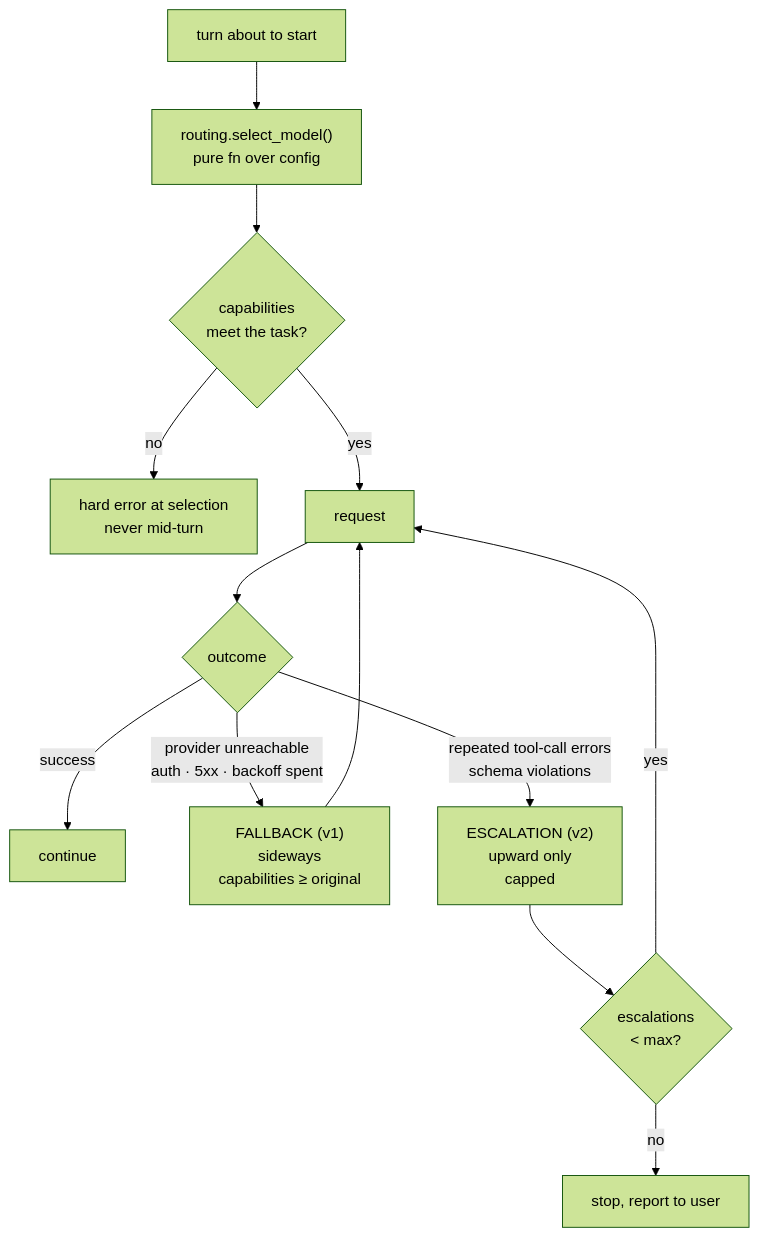
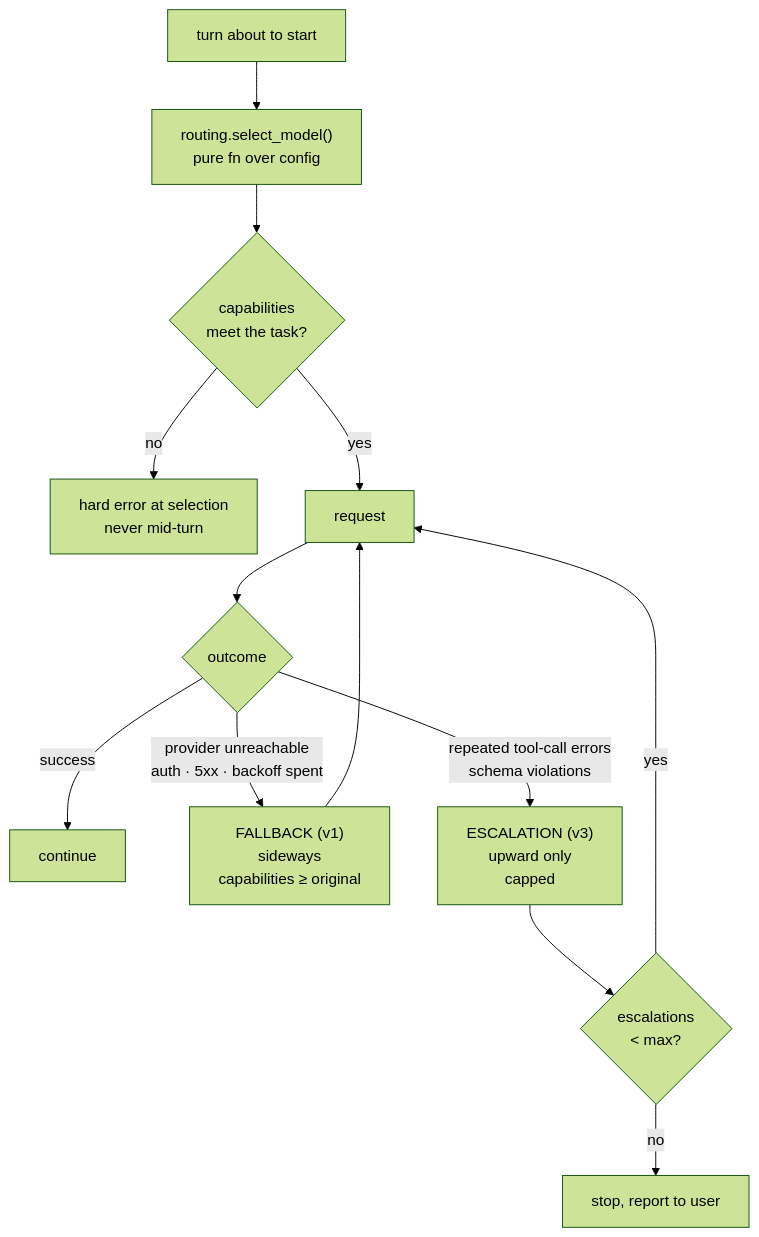
One commit to vespassassina/edgar changed the third of 8 diagrams in docs/BLUEPRINT.md. Above: the diagram before and after it, drawn with Mermaid (forest theme). The commit also changed other lines of this file and 14 other files, not shown here.

````diff
--- a/docs/BLUEPRINT.md
+++ b/docs/BLUEPRINT.md
@@ -844,17 +848,17 @@
 ```mermaid
 flowchart TB
     T[turn about to start] --> R["routing.select_model()<br/>pure fn over config"]
     R --> CAP{capabilities<br/>meet the task?}
     CAP -- no --> HE[hard error at selection<br/>never mid-turn]
     CAP -- yes --> REQ[request]
 
     REQ --> OK{outcome}
     OK -- success --> DONE[continue]
     OK -- "provider unreachable<br/>auth · 5xx · backoff spent" --> FB["FALLBACK (v1)<br/>sideways<br/>capabilities ≥ original"]
-    OK -- "repeated tool-call errors<br/>schema violations" --> ES["ESCALATION (v2)<br/>upward only<br/>capped"]
+    OK -- "repeated tool-call errors<br/>schema violations" --> ES["ESCALATION (v3)<br/>upward only<br/>capped"]
 
     FB --> REQ
     ES --> CH{escalations<br/>< max?}
     CH -- yes --> REQ
     CH -- no --> STOP[stop, report to user]
 ```
````
